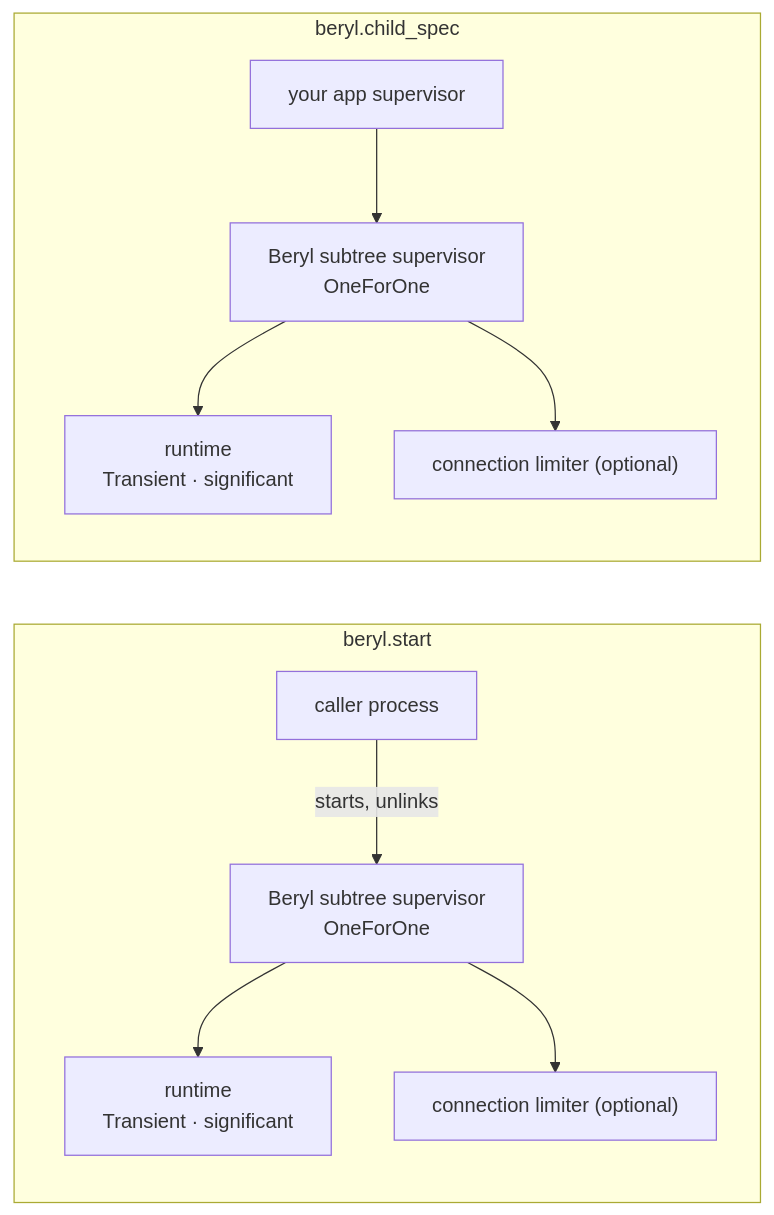
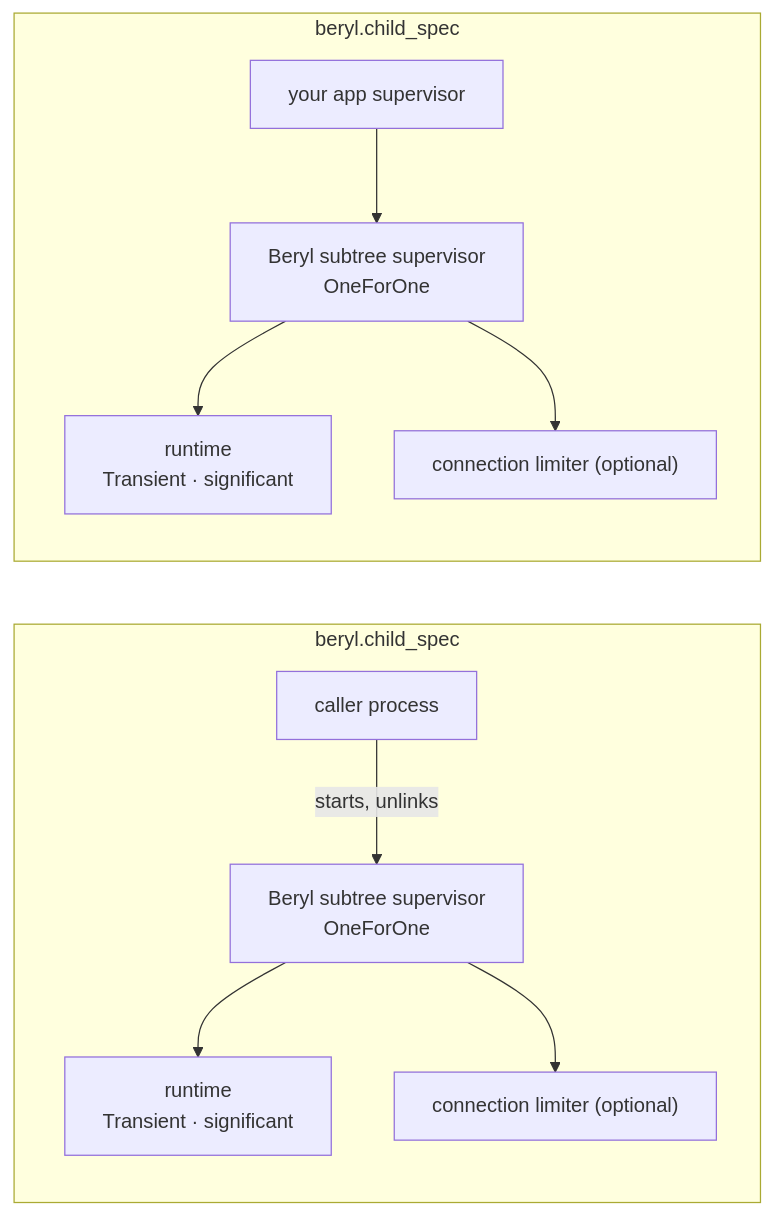
Before and after one commit to tylerbutler/beryl: the second of 11 diagrams in docs/architecture-deck.md, drawn with Mermaid. The commit also changed other lines of this file and 32 other files, not shown here.

````diff
--- a/docs/architecture-deck.md
+++ b/docs/architecture-deck.md
@@ -134,13 +134,13 @@
 ```mermaid
 flowchart LR
-  subgraph Standalone["beryl.start"]
+  subgraph Standalone["beryl.child_spec"]
     Caller["caller process"] -->|starts, unlinks| Sup1["Beryl subtree supervisor<br/>OneForOne"]
     Sup1 --> Rt1["runtime<br/>Transient · significant"]
     Sup1 --> Lim1["connection limiter (optional)"]
   end
   subgraph Embedded["beryl.child_spec"]
     AppSup["your app supervisor"] --> Sup2["Beryl subtree supervisor<br/>OneForOne"]
     Sup2 --> Rt2["runtime<br/>Transient · significant"]
     Sup2 --> Lim2["connection limiter (optional)"]
   end
 ```
````
